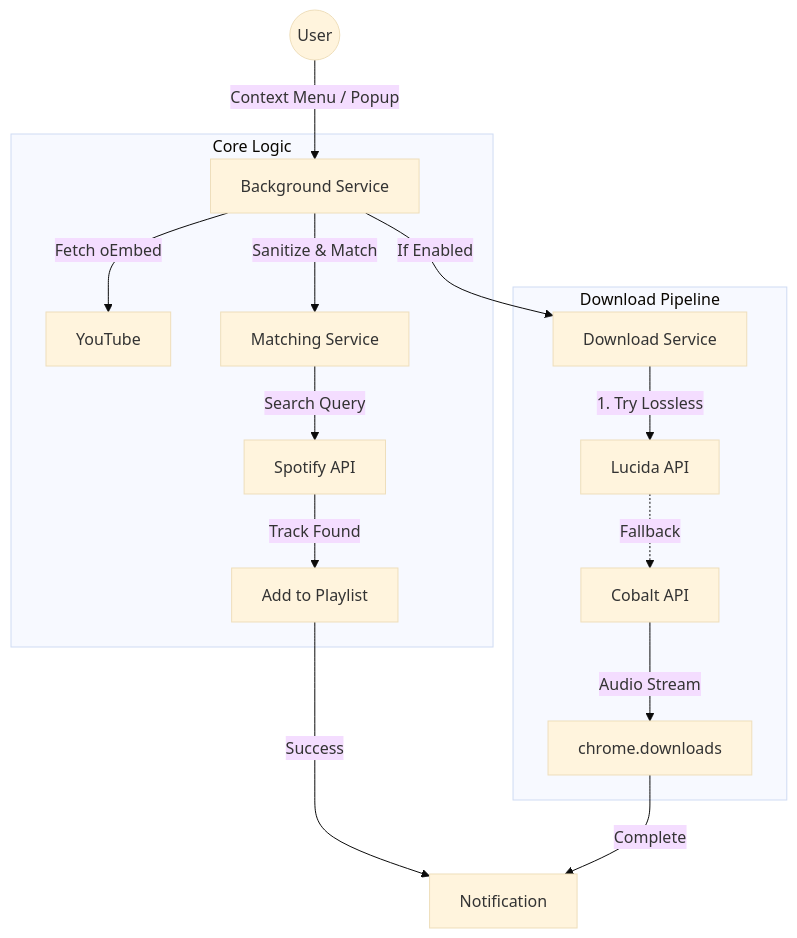
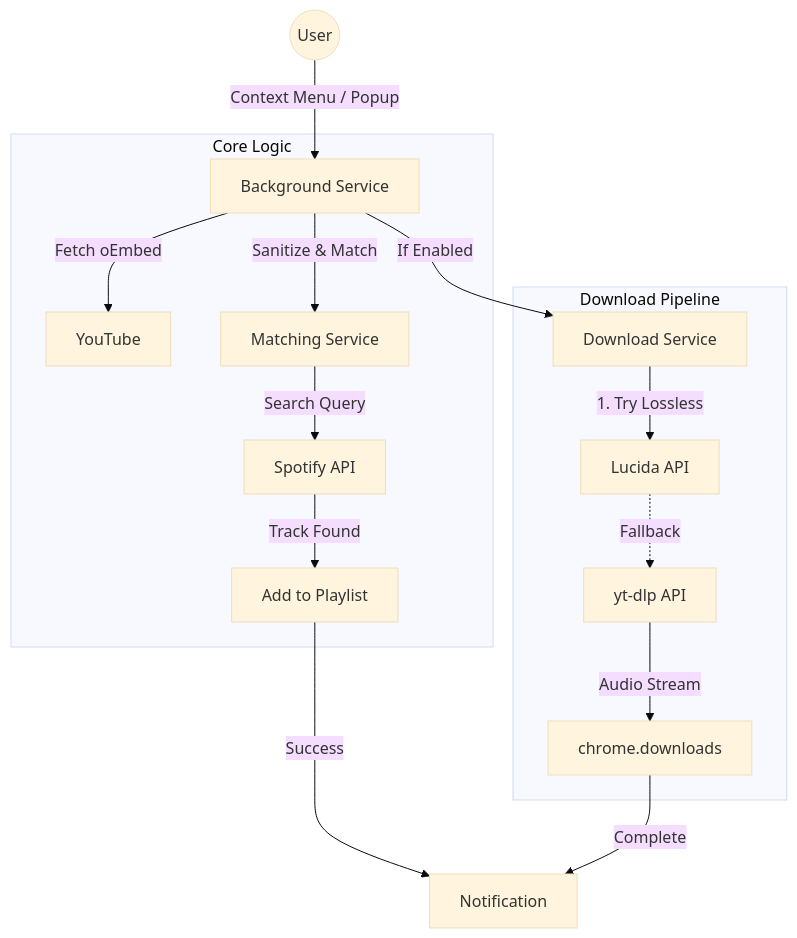
Before and after one commit to Microck/tuneport: the diagram in README.md, drawn with Mermaid (base theme). The commit also changed other lines of this file and 7 other files, not shown here.

Commit message:
fix: restore yt-dlp downloads (v3.0.2)

````diff
--- a/README.md
+++ b/README.md
@@ -97,21 +97,21 @@
 ```mermaid
 graph TD
     User((User)) -->|Context Menu / Popup| BG[Background Service]
     
     subgraph Core Logic
     BG -->|Fetch oEmbed| YT[YouTube]
     BG -->|Sanitize & Match| Match[Matching Service]
     Match -->|Search Query| SpotAPI[Spotify API]
     SpotAPI -->|Track Found| Add[Add to Playlist]
     end
     
     subgraph Download Pipeline
     BG -->|If Enabled| DL[Download Service]
     DL -->|1. Try Lossless| Lucida[Lucida API]
-    Lucida -.->|Fallback| Cobalt[Cobalt API]
-    Cobalt -->|Audio Stream| Disk[chrome.downloads]
+    Lucida -.->|Fallback| YtDlp[yt-dlp API]
+    YtDlp -->|Audio Stream| Disk[chrome.downloads]
     end
     
     Add -->|Success| Notify[Notification]
     Disk -->|Complete| Notify
 ```
````
